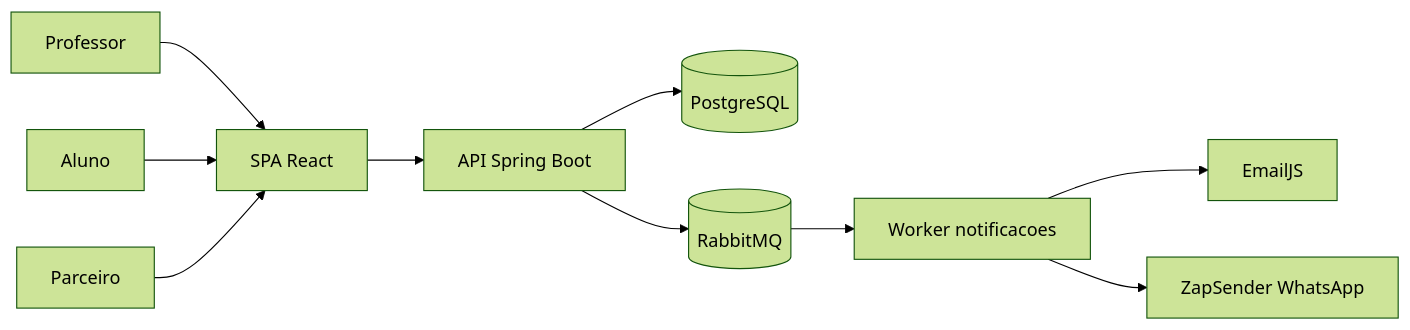
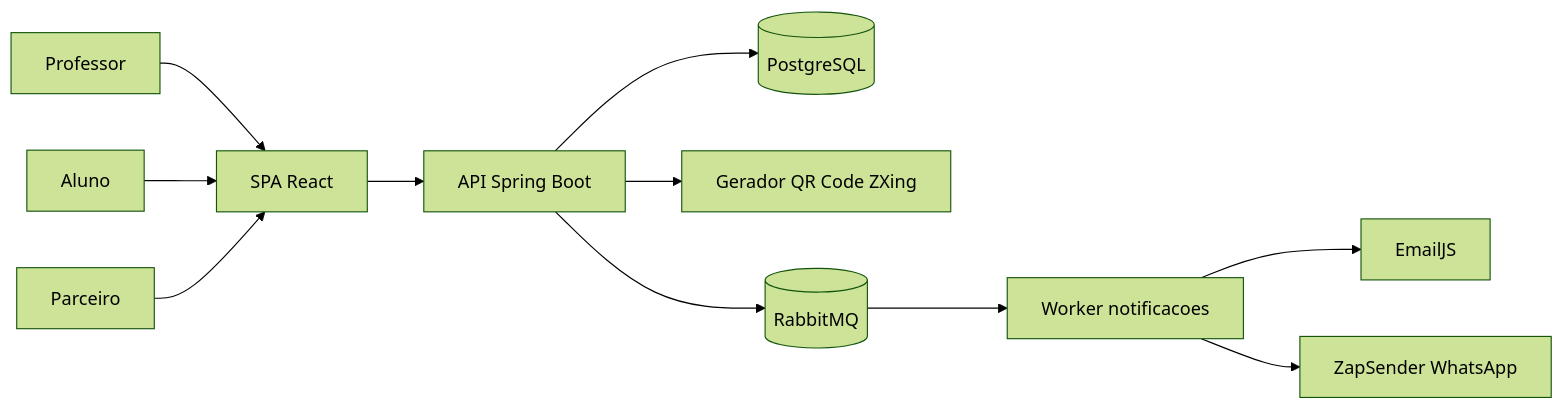
One commit to LaraCarvalho00/sistema-moeda-estudantil changed the first of 3 diagrams in README.md. Above: the diagram before and after it, drawn with Mermaid (forest theme). The commit also changed other lines of this file and 53 other files, not shown here.

````diff
--- a/README.md
+++ b/README.md
@@ -87,12 +87,13 @@
 ```mermaid
 flowchart LR
   P[Professor] --> SPA[SPA React]
   A[Aluno] --> SPA
   C[Parceiro] --> SPA
   SPA --> API[API Spring Boot]
   API --> DB[(PostgreSQL)]
+  API --> QR[Gerador QR Code ZXing]
   API --> MQ[(RabbitMQ)]
   MQ --> W[Worker notificacoes]
   W --> E[EmailJS]
   W --> Z[ZapSender WhatsApp]
 ```
````
